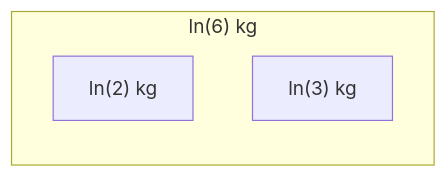
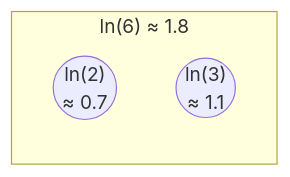
Before and after one commit to sergey-shandar/public: the fourth of 4 diagrams in notes/info/states.md, drawn with Mermaid. The commit also changed other lines of this file, not shown here.

````diff
--- a/notes/info/states.md
+++ b/notes/info/states.md
@@ -72,7 +72,7 @@
 ```mermaid
 flowchart LR
-  subgraph "ln(6) kg"
-    0["ln(2) kg"]
-    1["ln(3) kg"]
+  subgraph "ln(6) ≈ 1.8"
+    0(("ln(2)<br> ≈ 0.7"))
+    1(("ln(3)<br> ≈ 1.1"))
   end
 ```
````
